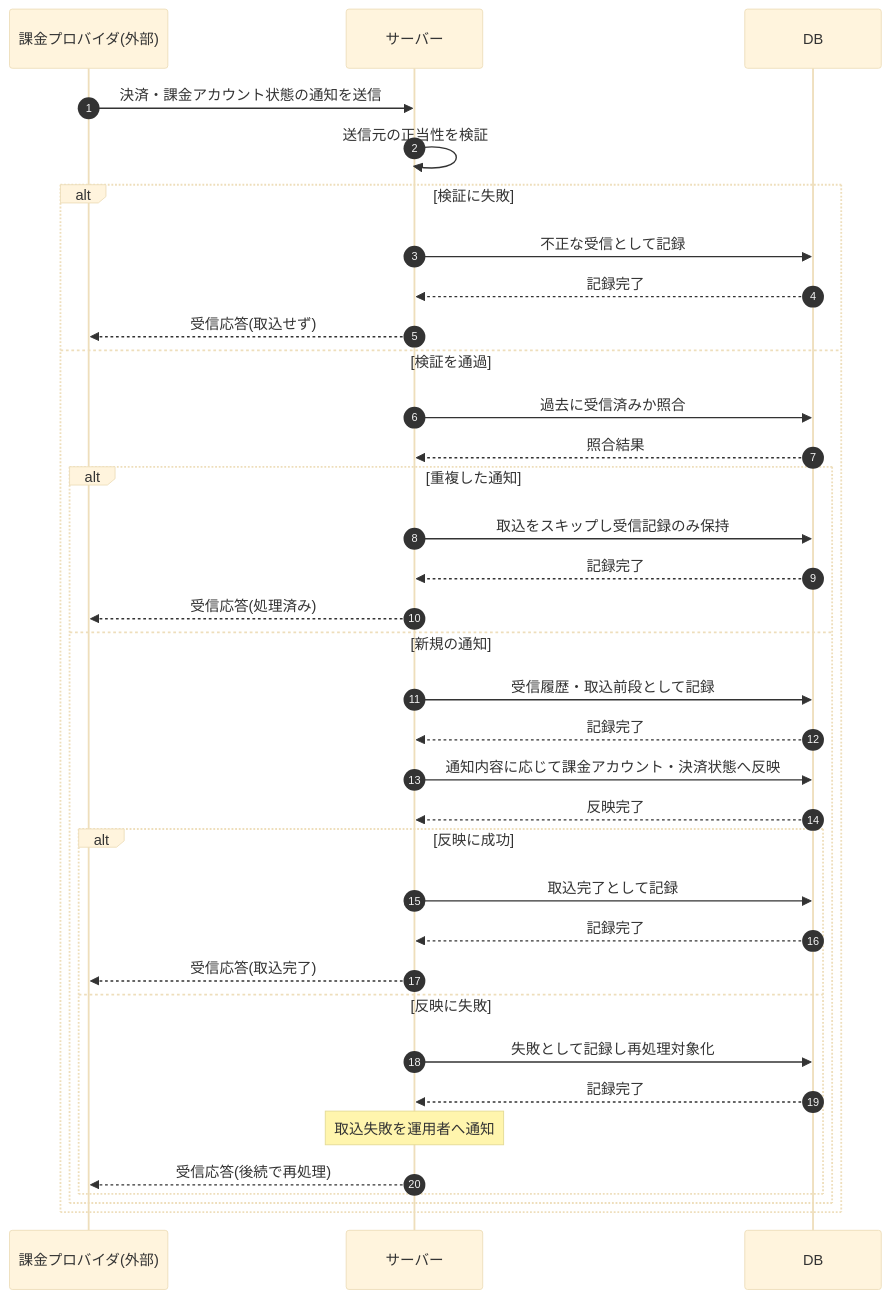
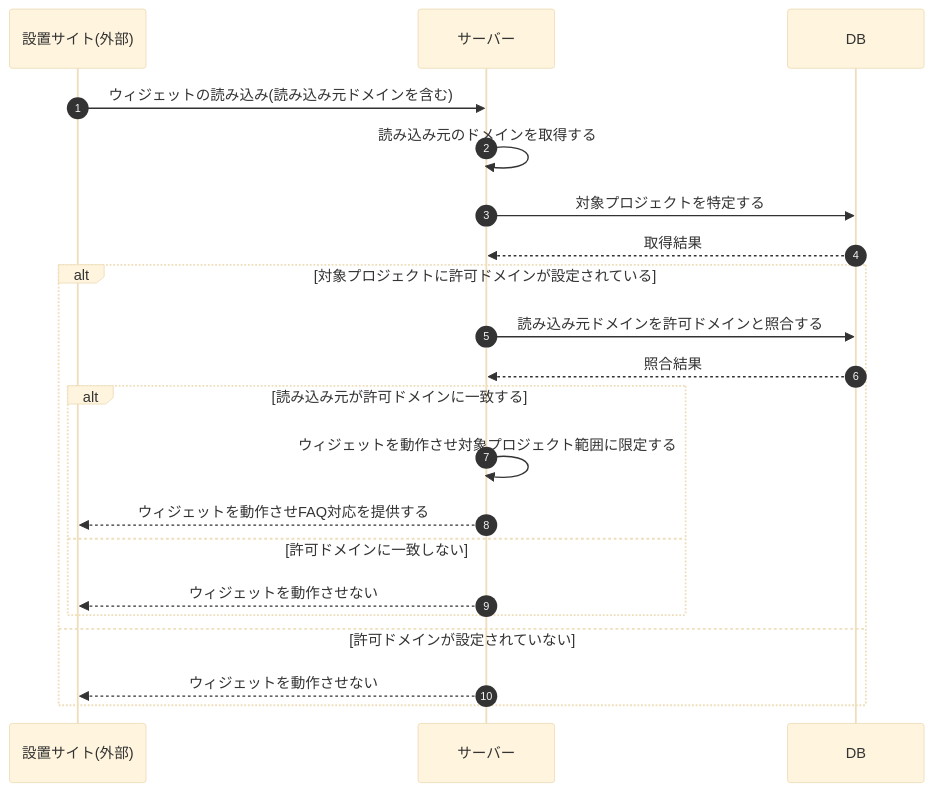
Before and after one commit to sikakou54/open-faq: the diagram in 02_basic_design/03_sequences/SEQ-109.md, drawn with Mermaid (base theme). The commit also changed other lines of this file and 99 other files, not shown here.

````diff
--- a/02_basic_design/03_sequences/SEQ-109.md
+++ b/02_basic_design/03_sequences/SEQ-109.md
@@ -25,38 +25,23 @@
 ```mermaid
 sequenceDiagram
   autonumber
-  participant EXT as 課金プロバイダ(外部)
+  participant Site as 設置サイト(外部)
   participant Server as サーバー
   participant DB as DB
-
-  EXT->>Server: 決済・課金アカウント状態の通知を送信
-  Server->>Server: 送信元の正当性を検証
-  alt 検証に失敗
-    Server->>DB: 不正な受信として記録
-    DB-->>Server: 記録完了
-    Server-->>EXT: 受信応答(取込せず)
-  else 検証を通過
-    Server->>DB: 過去に受信済みか照合
+  Site->>Server: ウィジェットの読み込み(読み込み元ドメインを含む)
+  Server->>Server: 読み込み元のドメインを取得する
+  Server->>DB: 対象プロジェクトを特定する
+  DB-->>Server: 取得結果
+  alt 対象プロジェクトに許可ドメインが設定されている
+    Server->>DB: 読み込み元ドメインを許可ドメインと照合する
     DB-->>Server: 照合結果
-    alt 重複した通知
-      Server->>DB: 取込をスキップし受信記録のみ保持
-      DB-->>Server: 記録完了
-      Server-->>EXT: 受信応答(処理済み)
-    else 新規の通知
-      Server->>DB: 受信履歴・取込前段として記録
-      DB-->>Server: 記録完了
-      Server->>DB: 通知内容に応じて課金アカウント・決済状態へ反映
-      DB-->>Server: 反映完了
-      alt 反映に成功
-        Server->>DB: 取込完了として記録
-        DB-->>Server: 記録完了
-        Server-->>EXT: 受信応答(取込完了)
-      else 反映に失敗
-        Server->>DB: 失敗として記録し再処理対象化
-        DB-->>Server: 記録完了
-        Note over Server: 取込失敗を運用者へ通知
-        Server-->>EXT: 受信応答(後続で再処理)
-      end
+    alt 読み込み元が許可ドメインに一致する
+      Server->>Server: ウィジェットを動作させ対象プロジェクト範囲に限定する
+      Server-->>Site: ウィジェットを動作させFAQ対応を提供する
+    else 許可ドメインに一致しない
+      Server-->>Site: ウィジェットを動作させない
     end
+  else 許可ドメインが設定されていない
+    Server-->>Site: ウィジェットを動作させない
   end
 ```
````
